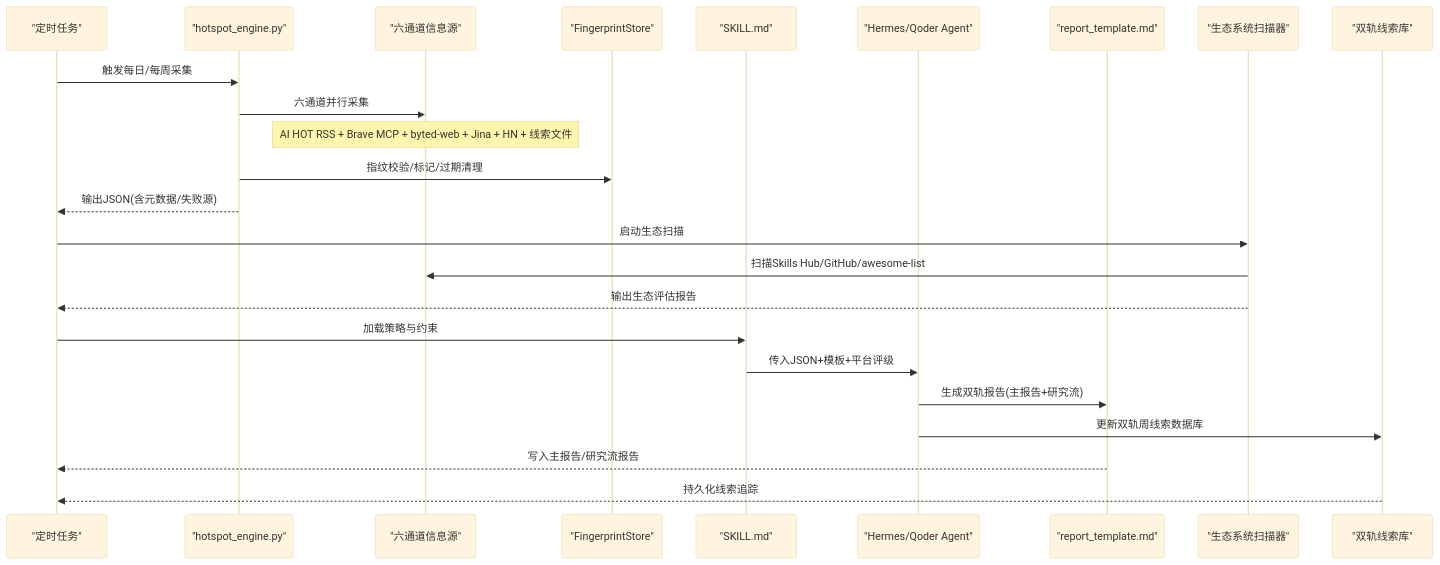
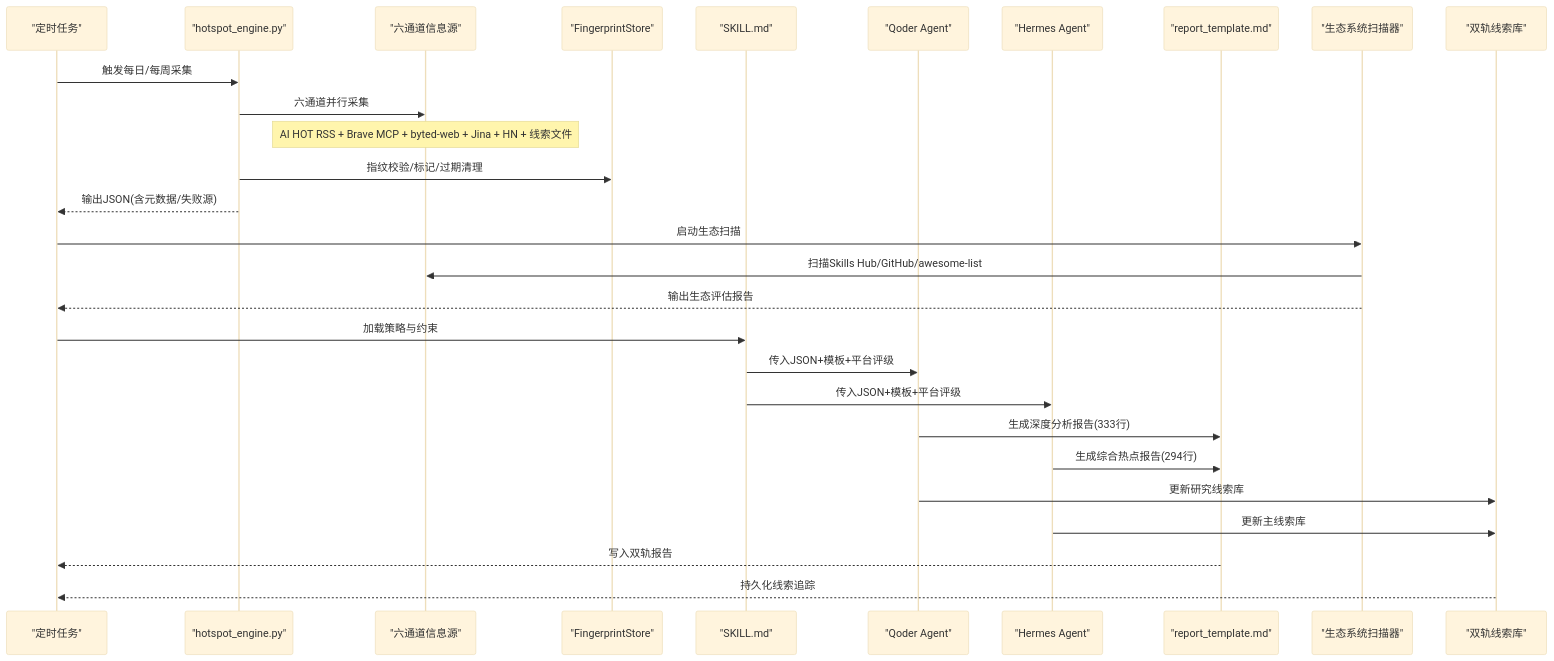
Before and after one commit to John198912/hermes_workspace: the second of 4 diagrams in .qoder/repowiki/zh/content/核心技能详解/Qoder Agent 每日热点报告系统.md, drawn with Mermaid (base theme). The commit also changed other lines of this file and 1 other file, not shown here.

````diff
--- a/.qoder/repowiki/zh/content/核心技能详解/Qoder Agent 每日热点报告系统.md
+++ b/.qoder/repowiki/zh/content/核心技能详解/Qoder Agent 每日热点报告系统.md
@@ -131,26 +134,30 @@
 ```mermaid
 sequenceDiagram
 participant Cron as "定时任务"
 participant Engine as "hotspot_engine.py"
 participant Sources as "六通道信息源"
 participant Store as "FingerprintStore"
 participant Skill as "SKILL.md"
-participant LLM as "Hermes/Qoder Agent"
+participant Qoder as "Qoder Agent"
+participant Hermes as "Hermes Agent"
 participant Report as "report_template.md"
 participant Scanner as "生态系统扫描器"
 participant Clues as "双轨线索库"
 Cron->>Engine : 触发每日/每周采集
 Engine->>Sources : 六通道并行采集
 Note over Sources : AI HOT RSS + Brave MCP + byted-web + Jina + HN + 线索文件
 Engine->>Store : 指纹校验/标记/过期清理
 Engine-->>Cron : 输出JSON(含元数据/失败源)
 Cron->>Scanner : 启动生态扫描
 Scanner->>Sources : 扫描Skills Hub/GitHub/awesome-list
 Scanner-->>Cron : 输出生态评估报告
 Cron->>Skill : 加载策略与约束
-Skill->>LLM : 传入JSON+模板+平台评级
-LLM->>Report : 生成双轨报告(主报告+研究流)
-LLM->>Clues : 更新双轨周线索数据库
-Report-->>Cron : 写入主报告/研究流报告
+Skill->>Qoder : 传入JSON+模板+平台评级
+Skill->>Hermes : 传入JSON+模板+平台评级
+Qoder->>Report : 生成深度分析报告(333行)
+Hermes->>Report : 生成综合热点报告(294行)
+Qoder->>Clues : 更新研究线索库
+Hermes->>Clues : 更新主线索库
+Report-->>Cron : 写入双轨报告
 Clues-->>Cron : 持久化线索追踪
 ```
````
